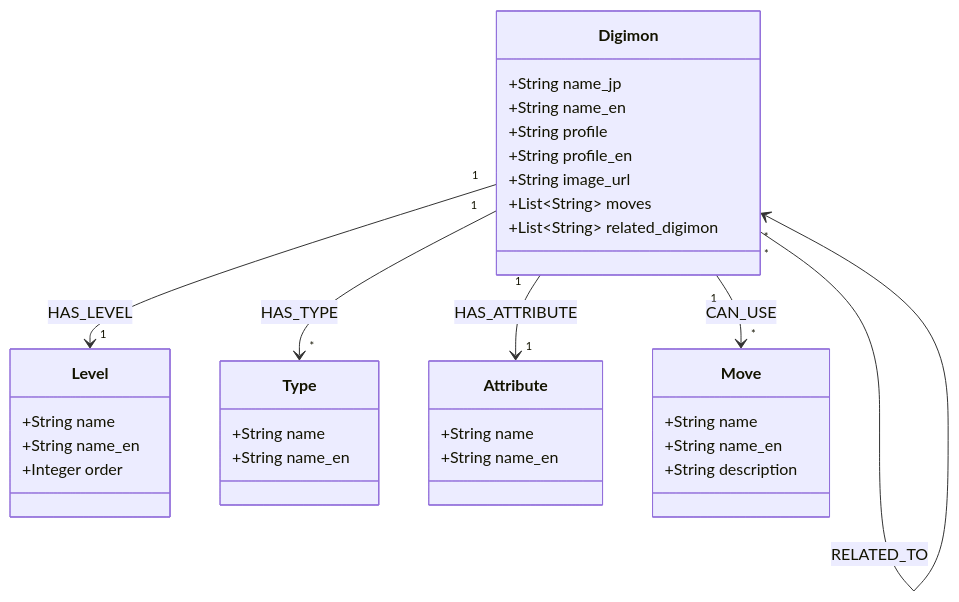
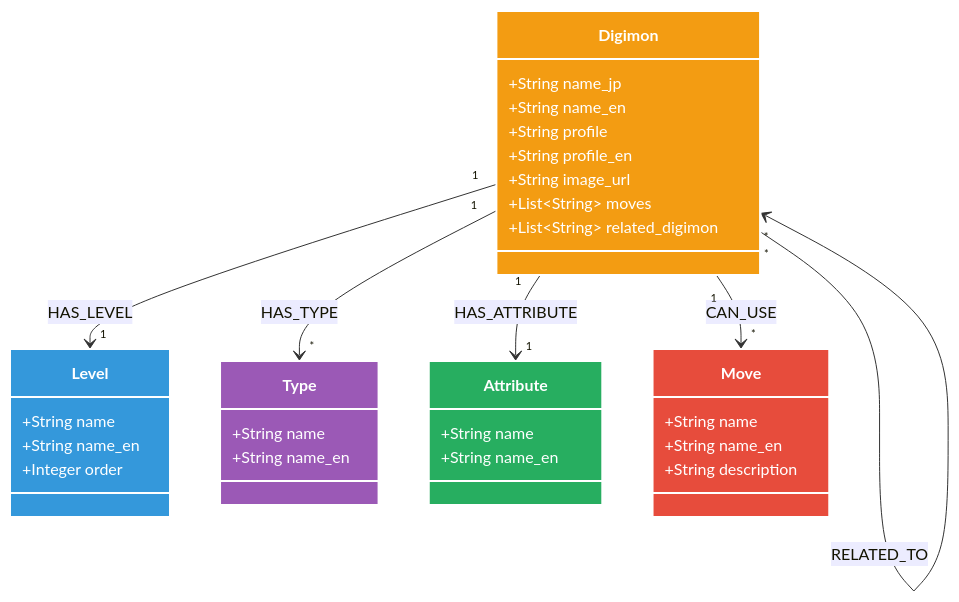
The fourth of 4 diagrams in CLAUDE.md (Ricoledan/digimon-knowledge-graph), drawn with Mermaid before and after one commit. The commit also changed other lines of this file, not shown here.

Commit message:
add diagrams

````diff
--- a/CLAUDE.md
+++ b/CLAUDE.md
@@ -325,40 +327,46 @@
 ```mermaid
 classDiagram
     class Digimon {
         +String name_jp
         +String name_en
         +String profile
         +String profile_en
         +String image_url
         +List~String~ moves
         +List~String~ related_digimon
     }
     
     class Level {
         +String name
         +String name_en
         +Integer order
     }
     
     class Type {
         +String name
         +String name_en
     }
     
     class Attribute {
         +String name
         +String name_en
     }
     
     class Move {
         +String name
         +String name_en
         +String description
     }
     
     Digimon "1" --> "1" Level : HAS_LEVEL
     Digimon "1" --> "*" Type : HAS_TYPE
     Digimon "1" --> "1" Attribute : HAS_ATTRIBUTE
     Digimon "1" --> "*" Move : CAN_USE
     Digimon "*" --> "*" Digimon : RELATED_TO
+    
+    style Digimon fill:#f39c12,stroke:#fff,stroke-width:2px,color:#fff
+    style Level fill:#3498db,stroke:#fff,stroke-width:2px,color:#fff
+    style Type fill:#9b59b6,stroke:#fff,stroke-width:2px,color:#fff
+    style Attribute fill:#27ae60,stroke:#fff,stroke-width:2px,color:#fff
+    style Move fill:#e74c3c,stroke:#fff,stroke-width:2px,color:#fff
 ```
````
